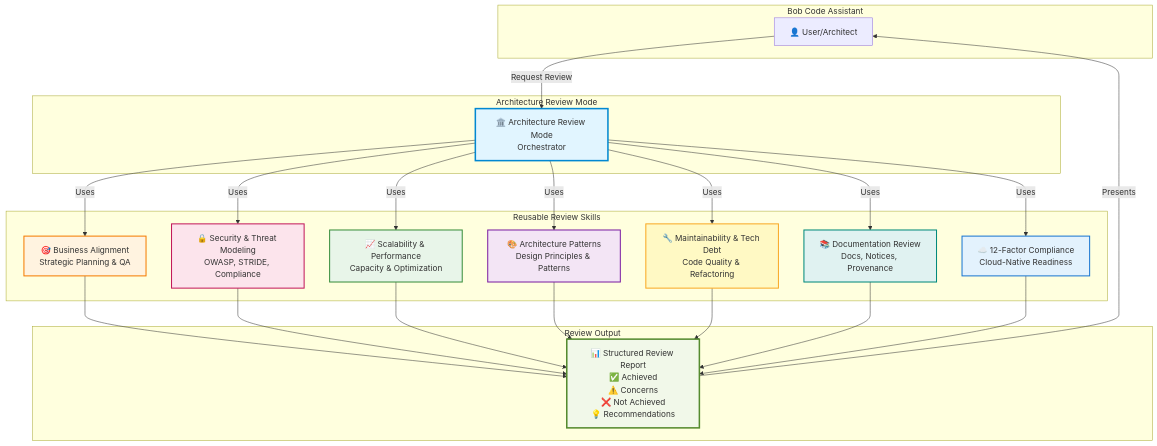
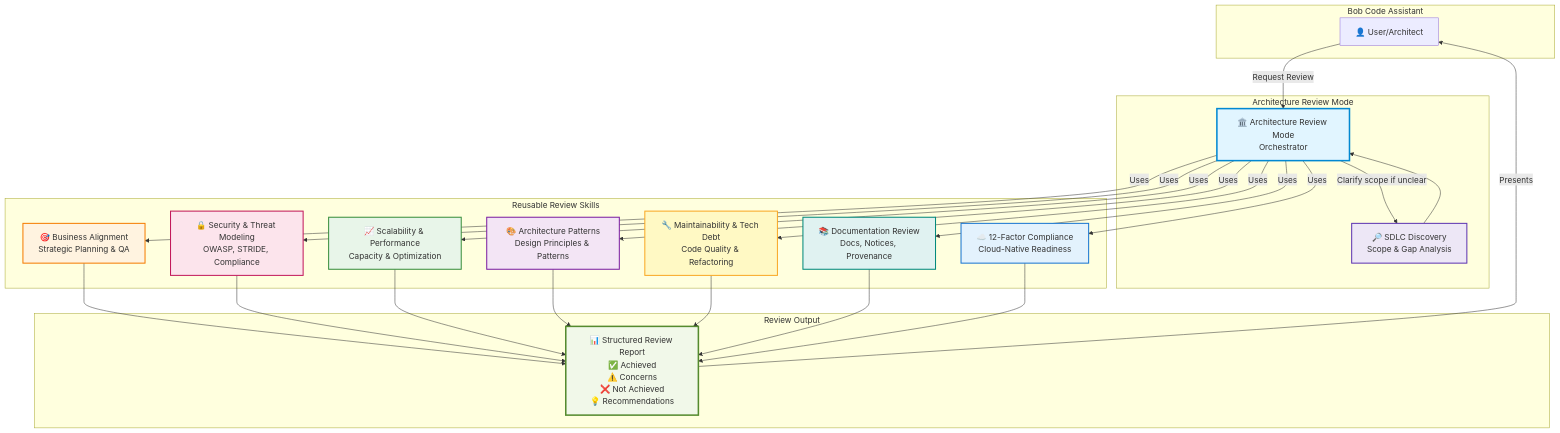
Before and after one commit to thomassuedbroecker/review_and_sdd_custom_ibm_bob_configuration_template: the first of 6 diagrams in .bob/documentation/diagramms/architecture-review-system.md, drawn with Mermaid. The commit also changed other lines of this file and 2 other files, not shown here.

First line of the commit message:
docs: align Bob review diagrams with mode and skill inventory

````diff
--- a/.bob/documentation/diagramms/architecture-review-system.md
+++ b/.bob/documentation/diagramms/architecture-review-system.md
@@ -5,53 +5,57 @@
 ```mermaid
 graph TB
     subgraph "Bob Code Assistant"
         User[👤 User/Architect]
     end
     
     subgraph "Architecture Review Mode"
         Mode[🏛️ Architecture Review Mode<br/>Orchestrator]
+        Discovery[🔎 SDLC Discovery<br/>Scope & Gap Analysis]
     end
     
     subgraph "Reusable Review Skills"
         S1[🎯 Business Alignment<br/>Strategic Planning & QA]
         S2[🔒 Security & Threat Modeling<br/>OWASP, STRIDE, Compliance]
         S3[📈 Scalability & Performance<br/>Capacity & Optimization]
         S4[🎨 Architecture Patterns<br/>Design Principles & Patterns]
         S5[🔧 Maintainability & Tech Debt<br/>Code Quality & Refactoring]
         S6[📚 Documentation Review<br/>Docs, Notices, Provenance]
         S7[☁️ 12-Factor Compliance<br/>Cloud-Native Readiness]
     end
     
     subgraph "Review Output"
         Output[📊 Structured Review Report<br/>✅ Achieved<br/>⚠️ Concerns<br/>❌ Not Achieved<br/>💡 Recommendations]
     end
     
     User -->|Request Review| Mode
+    Mode -->|Clarify scope if unclear| Discovery
     Mode -->|Uses| S1
     Mode -->|Uses| S2
     Mode -->|Uses| S3
     Mode -->|Uses| S4
     Mode -->|Uses| S5
     Mode -->|Uses| S6
     Mode -->|Uses| S7
     
     S1 --> Output
     S2 --> Output
     S3 --> Output
     S4 --> Output
     S5 --> Output
     S6 --> Output
     S7 --> Output
+    Discovery --> Mode
     
     Output -->|Presents| User
     
     style Mode fill:#e1f5ff,stroke:#0288d1,stroke-width:3px
+    style Discovery fill:#ede7f6,stroke:#5e35b1,stroke-width:2px
     style S1 fill:#fff3e0,stroke:#f57c00,stroke-width:2px
     style S2 fill:#fce4ec,stroke:#c2185b,stroke-width:2px
     style S3 fill:#e8f5e9,stroke:#388e3c,stroke-width:2px
     style S4 fill:#f3e5f5,stroke:#7b1fa2,stroke-width:2px
     style S5 fill:#fff9c4,stroke:#f9a825,stroke-width:2px
     style S6 fill:#e0f2f1,stroke:#00897b,stroke-width:2px
     style S7 fill:#e3f2fd,stroke:#1976d2,stroke-width:2px
     style Output fill:#f1f8e9,stroke:#558b2f,stroke-width:3px
 ```
````
